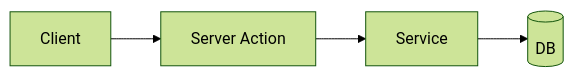
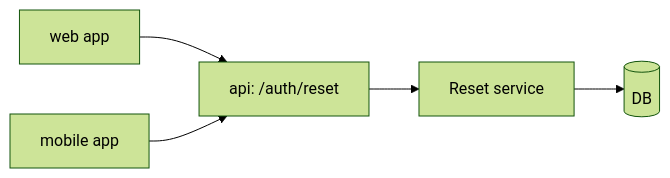
One commit to JanSzewczyk/spec-driven-development changed the diagram in plugins/sdd/commands/plan.md. Above: the diagram before and after it, drawn with Mermaid (forest theme). The commit also changed other lines of this file and 19 other files, not shown here.

````diff
--- a/plugins/sdd/commands/plan.md
+++ b/plugins/sdd/commands/plan.md
@@ -70,6 +70,7 @@
 ```mermaid
 flowchart LR
-    A[Client] --> B[Server Action]
-    B --> C[Service]
-    C --> D[(DB)]
+    W[web app] --> API[api: /auth/reset]
+    M[mobile app] --> API
+    API --> S[Reset service]
+    S --> D[(DB)]
 ```
````
